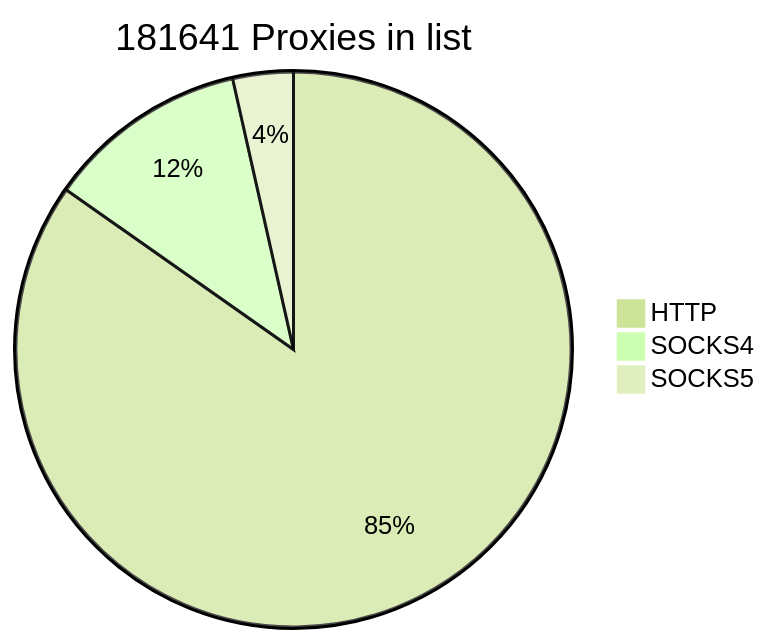
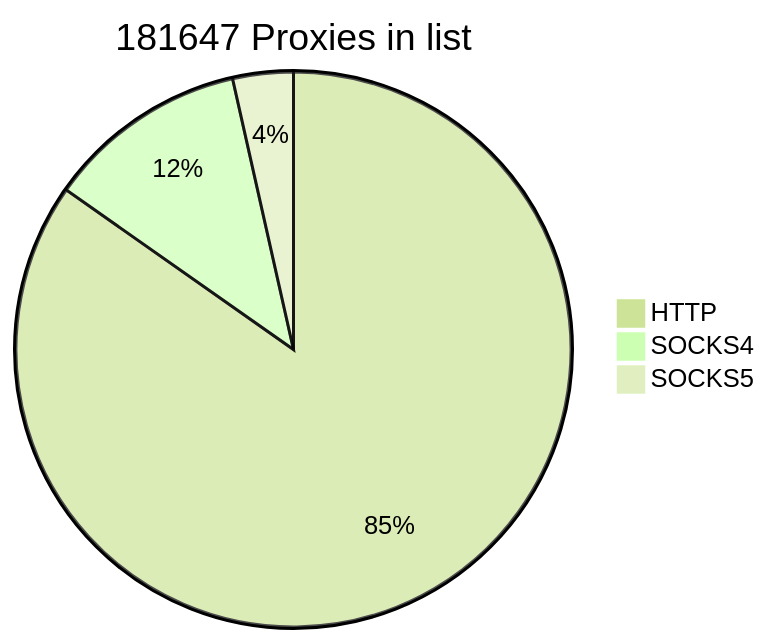
The first of 2 diagrams in README.md (cutipu/proxylist), drawn with Mermaid (forest theme) before and after one commit. The commit also changed other lines of this file, not shown here.

````diff
--- a/README.md
+++ b/README.md
@@ -2,7 +2,7 @@
 ```mermaid
-pie title 181641 Proxies in list
-    "HTTP" : 153940
-    "SOCKS4" : 21309
-    "SOCKS5" : 6392
+pie title 181647 Proxies in list
+    "HTTP" : 153939
+    "SOCKS4" : 21311
+    "SOCKS5" : 6397
             
 ```
````
